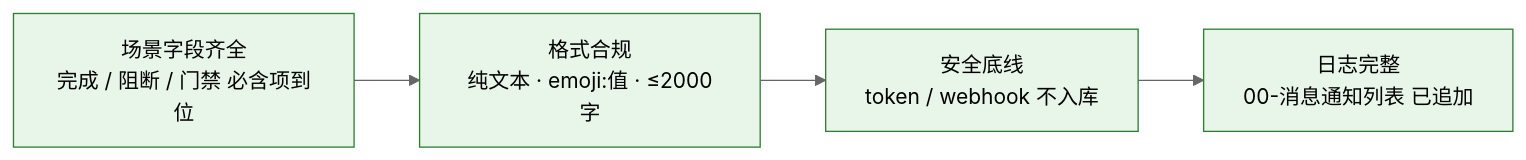
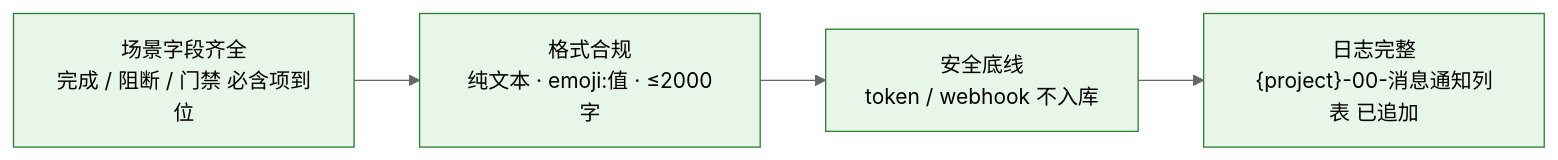
Diagram 11 of 11 in skills/wework-bot/SKILL.md (effiy/YrY), drawn with Mermaid (neutral theme) before and after one commit. The commit also changed other lines of this file and 17 other files, not shown here.

````diff
--- a/skills/wework-bot/SKILL.md
+++ b/skills/wework-bot/SKILL.md
@@ -373,8 +373,8 @@
 ```mermaid
 flowchart LR
     S1["场景字段齐全<br/>完成 / 阻断 / 门禁 必含项到位"]:::sig --> S2["格式合规<br/>纯文本 · emoji:值 · ≤2000字"]:::sig
     S2 --> S3["安全底线<br/>token / webhook 不入库"]:::sig
-    S3 --> S4["日志完整<br/>00-消息通知列表 已追加"]:::sig
+    S3 --> S4["日志完整<br/>{project}-00-消息通知列表 已追加"]:::sig
 
     classDef sig fill:#e8f5e9,stroke:#2e7d32;
 ```
````
